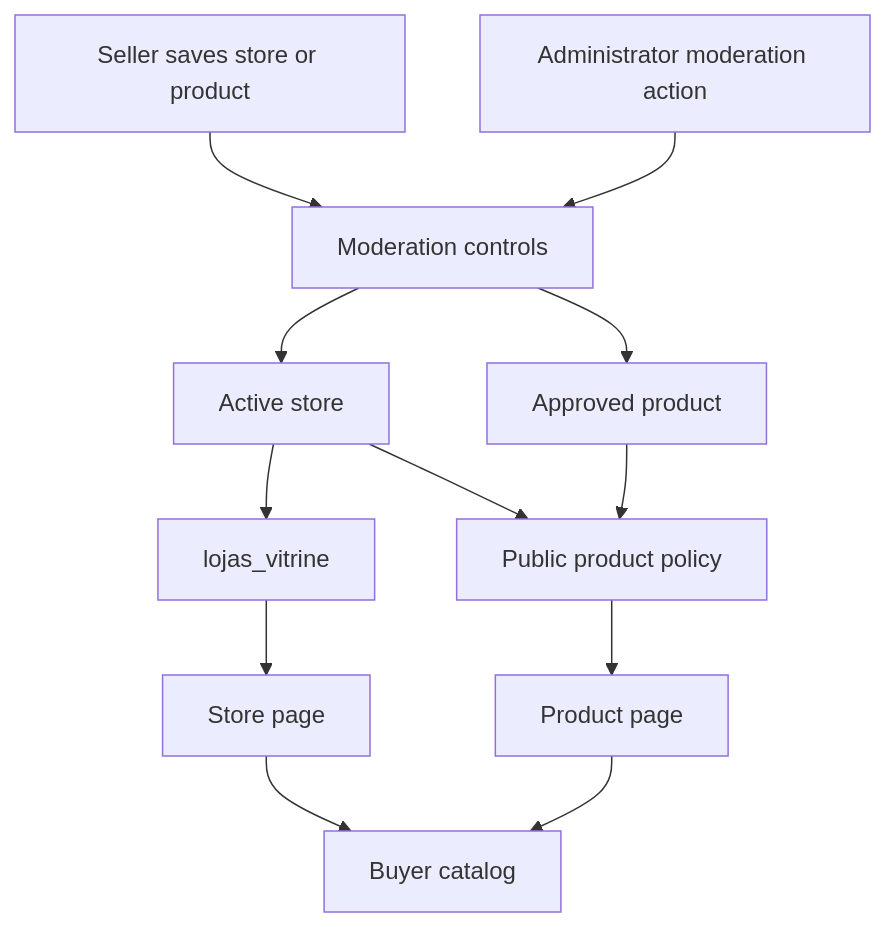
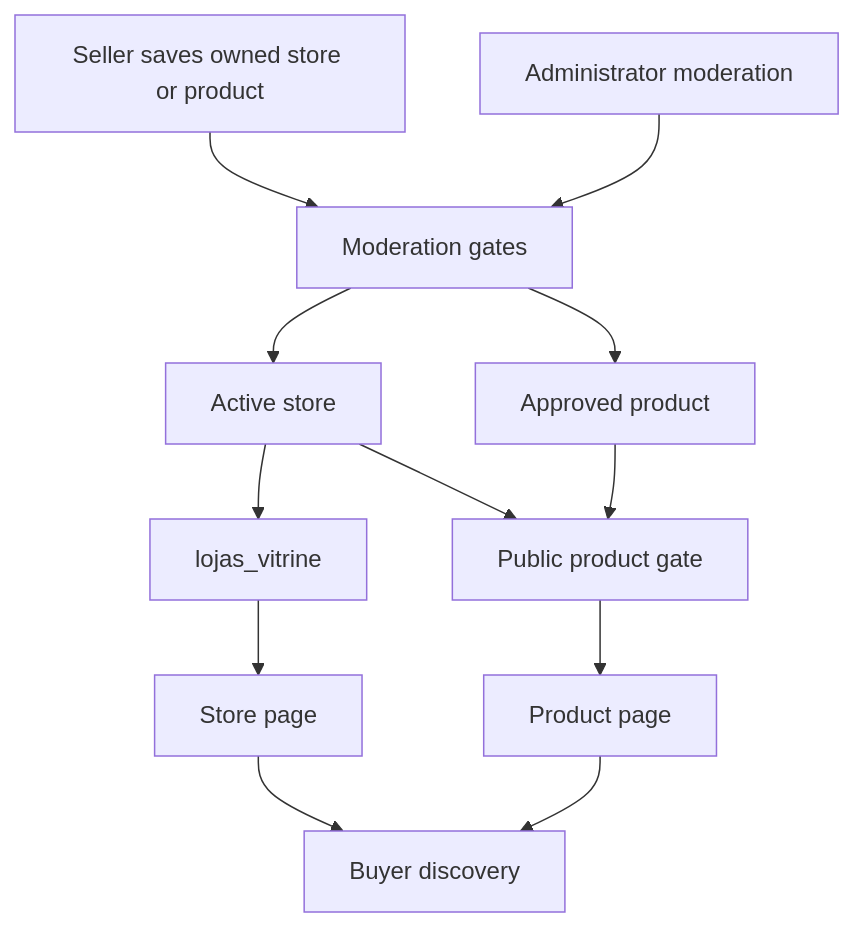
One commit to Schneider-Gr/industria24hIA changed the first of 2 diagrams in openwiki/concepts/marketplace-catalog-and-roles.md. Above: the diagram before and after it, drawn with Mermaid. The commit also changed other lines of this file and 34 other files, not shown here.

````diff
--- a/openwiki/concepts/marketplace-catalog-and-roles.md
+++ b/openwiki/concepts/marketplace-catalog-and-roles.md
@@ -93,14 +123,14 @@
 ```mermaid
 flowchart TD
-  Seller["Seller saves store or product"] --> Moderation["Moderation controls"]
-  Admin["Administrator moderation action"] --> Moderation
+  Seller["Seller saves owned store or product"] --> Moderation["Moderation gates"]
+  Admin["Administrator moderation"] --> Moderation
   Moderation --> ActiveStore["Active store"]
   Moderation --> ApprovedProduct["Approved product"]
   ActiveStore --> StoreView["lojas_vitrine"]
-  ActiveStore --> PublicGate["Public product policy"]
-  ApprovedProduct --> PublicGate
+  ActiveStore --> PublicProduct["Public product gate"]
+  ApprovedProduct --> PublicProduct
   StoreView --> StorePage["Store page"]
-  PublicGate --> ProductPage["Product page"]
-  StorePage --> Buyer["Buyer catalog"]
+  PublicProduct --> ProductPage["Product page"]
+  StorePage --> Buyer["Buyer discovery"]
   ProductPage --> Buyer
 ```
````
